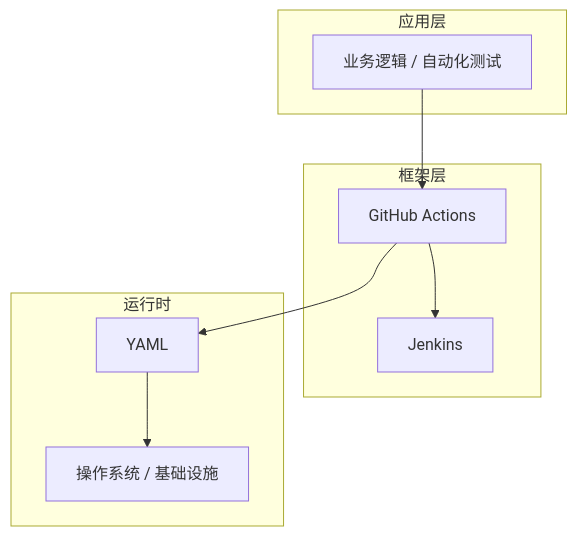
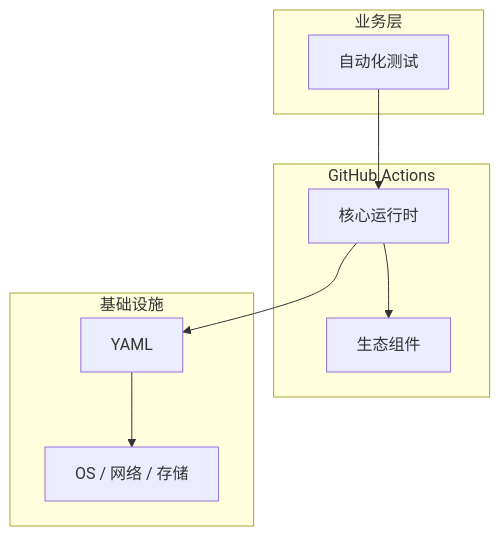
Before and after one commit to yanggan2015/knowledge-json-v2: the diagram in articles/CI与CD/chapters/056-自动化测试核心概念与原理.md, drawn with Mermaid. The commit also changed other lines of this file and 10127 other files, not shown here.

````diff
--- a/articles/CI与CD/chapters/056-自动化测试核心概念与原理.md
+++ b/articles/CI与CD/chapters/056-自动化测试核心概念与原理.md
@@ -45,18 +34,18 @@
 ```mermaid
 graph TB
-    subgraph 应用层
-        A[业务逻辑 / 自动化测试]
+    subgraph 业务层
+        A[自动化测试]
     end
-    subgraph 框架层
-        B[GitHub Actions]
-        C[Jenkins]
+    subgraph GitHub Actions
+        B[核心运行时]
+        C[生态组件]
     end
-    subgraph 运行时
+    subgraph 基础设施
         D[YAML]
-        E[操作系统 / 基础设施]
+        E[OS / 网络 / 存储]
     end
     A --> B
     B --> C
     B --> D
     D --> E
 ```
````
